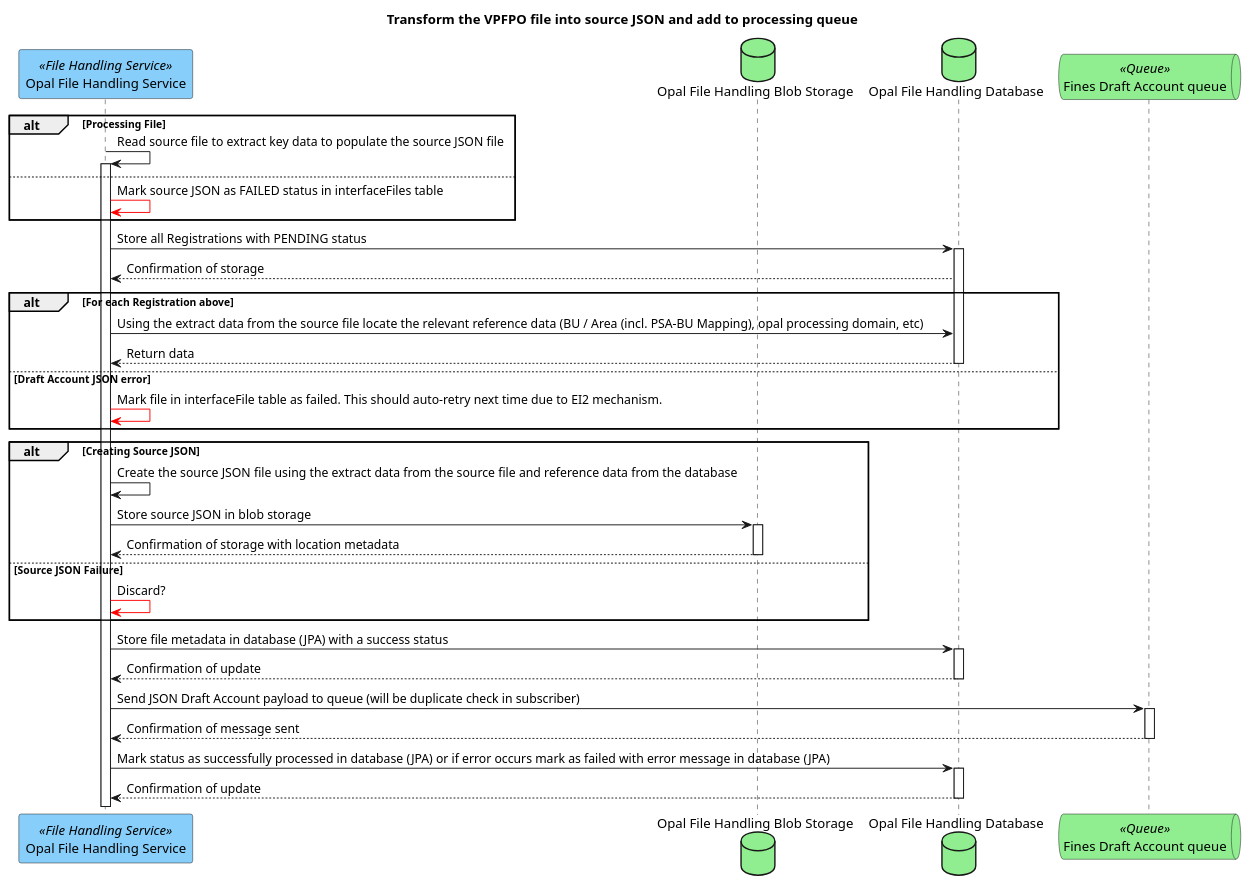
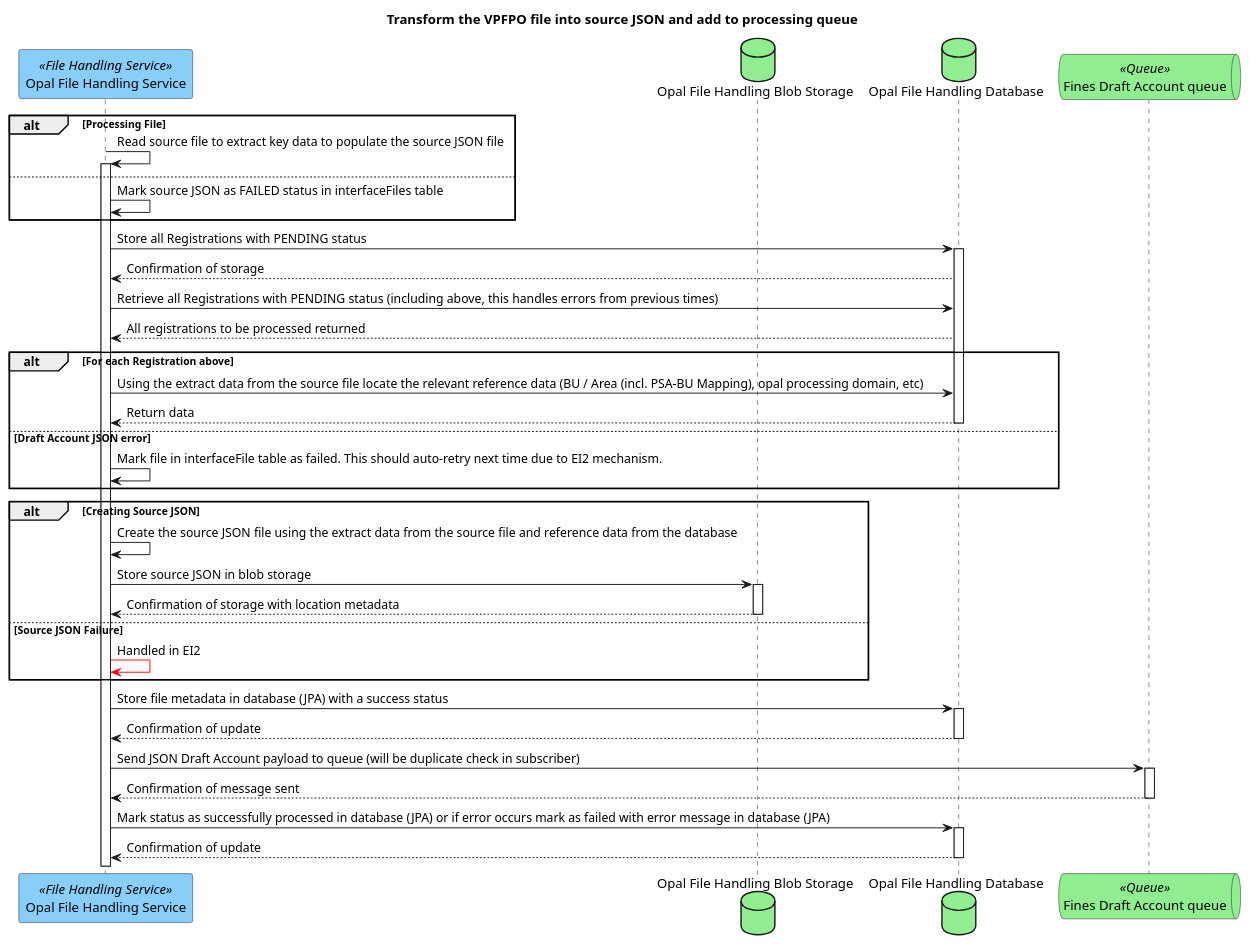
The diagram in plantUML/external-interfaces/vpfpo-process-source-json.puml (hmcts/opal-docs), drawn with PlantUML before and after one commit.

Commit message:
Using correct colouring (red when external) but also re-processing previously failed registrations.

```diff
--- a/plantUML/external-interfaces/vpfpo-process-source-json.puml
+++ b/plantUML/external-interfaces/vpfpo-process-source-json.puml
@@ -1,41 +1,43 @@
 @startuml
 title Transform the VPFPO file into source JSON and add to processing queue
 
 participant "Opal File Handling Service" as fileHandlingService <<File Handling Service>> #LightSkyBlue
 database "Opal File Handling Blob Storage" as fileHandlingBlobStorage #LightGreen
 database "Opal File Handling Database" as fileHandlingDb #LightGreen
 queue "Fines Draft Account queue" as finesDraftAccountQueue <<Queue>> #lightgreen
 
 alt Processing File
     fileHandlingService -> fileHandlingService ++ : Read source file to extract key data to populate the source JSON file
 else
-    fileHandlingService[#red]->fileHandlingService : Mark source JSON as FAILED status in interfaceFiles table
+    fileHandlingService -> fileHandlingService : Mark source JSON as FAILED status in interfaceFiles table
 end
 fileHandlingService -> fileHandlingDb ++ : Store all Registrations with PENDING status
 fileHandlingDb --> fileHandlingService : Confirmation of storage
+fileHandlingService -> fileHandlingDb : Retrieve all Registrations with PENDING status (including above, this handles errors from previous times)
+fileHandlingDb --> fileHandlingService : All registrations to be processed returned
 
 alt For each Registration above
     fileHandlingService -> fileHandlingDb : Using the extract data from the source file locate the relevant reference data (BU / Area (incl. PSA-BU Mapping), opal processing domain, etc)
     fileHandlingDb --> fileHandlingService -- : Return data
 else Draft Account JSON error
-    fileHandlingService[#red]-> fileHandlingService : Mark file in interfaceFile table as failed. This should auto-retry next time due to EI2 mechanism.
+    fileHandlingService -> fileHandlingService : Mark file in interfaceFile table as failed. This should auto-retry next time due to EI2 mechanism.
 end
 
 alt Creating Source JSON
     fileHandlingService -> fileHandlingService : Create the source JSON file using the extract data from the source file and reference data from the database
     fileHandlingService -> fileHandlingBlobStorage ++ : Store source JSON in blob storage
     fileHandlingBlobStorage --> fileHandlingService -- : Confirmation of storage with location metadata
 else Source JSON Failure
-    fileHandlingService[#red]-> fileHandlingService : Discard?
+    fileHandlingService[#red]-> fileHandlingService : Handled in EI2
 end
 
 fileHandlingService -> fileHandlingDb ++ : Store file metadata in database (JPA) with a success status
 fileHandlingDb --> fileHandlingService -- : Confirmation of update
 
 fileHandlingService -> finesDraftAccountQueue ++ : Send JSON Draft Account payload to queue (will be duplicate check in subscriber)
 finesDraftAccountQueue --> fileHandlingService -- : Confirmation of message sent
 
 fileHandlingService -> fileHandlingDb ++ : Mark status as successfully processed in database (JPA) or if error occurs mark as failed with error message in database (JPA)
 fileHandlingDb --> fileHandlingService -- : Confirmation of update
 
 @enduml
```
